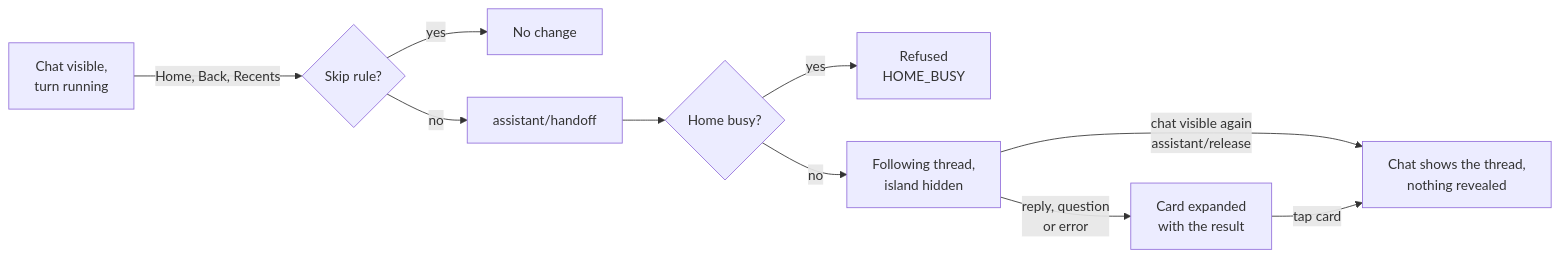
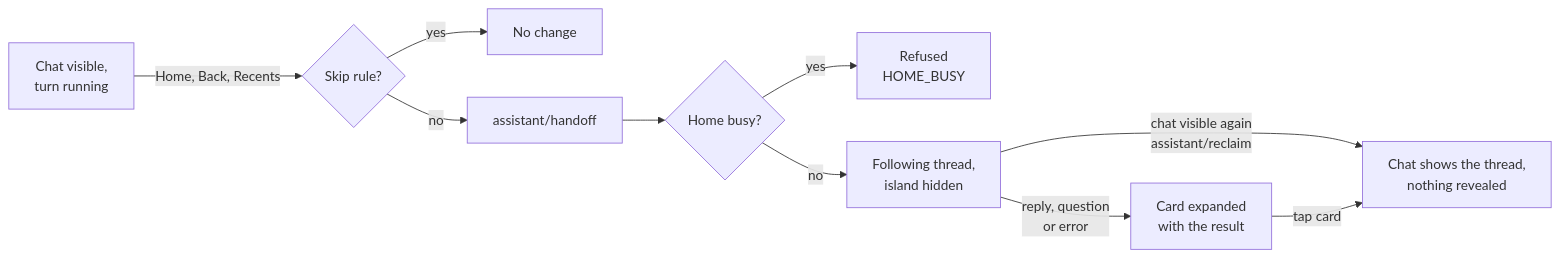
Before and after one commit to Taku-OS/taku-os: the diagram in docs/dynamic-island-chat-handoff-spec.md, drawn with Mermaid. The commit also changed other lines of this file and 21 other files, not shown here.

````diff
--- a/docs/dynamic-island-chat-handoff-spec.md
+++ b/docs/dynamic-island-chat-handoff-spec.md
@@ -80,12 +83,12 @@
 ```mermaid
 flowchart LR
   chat["Chat visible,<br/>turn running"] -- "Home, Back, Recents" --> skip{"Skip rule?"}
   skip -- yes --> none["No change"]
   skip -- no --> handoff["assistant/handoff"]
   handoff --> busy{"Home busy?"}
   busy -- yes --> refused["Refused<br/>HOME_BUSY"]
   busy -- no --> hidden["Following thread,<br/>island hidden"]
   hidden -- "reply, question<br/>or error" --> card["Card expanded<br/>with the result"]
-  hidden -- "chat visible again<br/>assistant/release" --> back["Chat shows the thread,<br/>nothing revealed"]
+  hidden -- "chat visible again<br/>assistant/reclaim" --> back["Chat shows the thread,<br/>nothing revealed"]
   card -- "tap card" --> back
 ```
````
